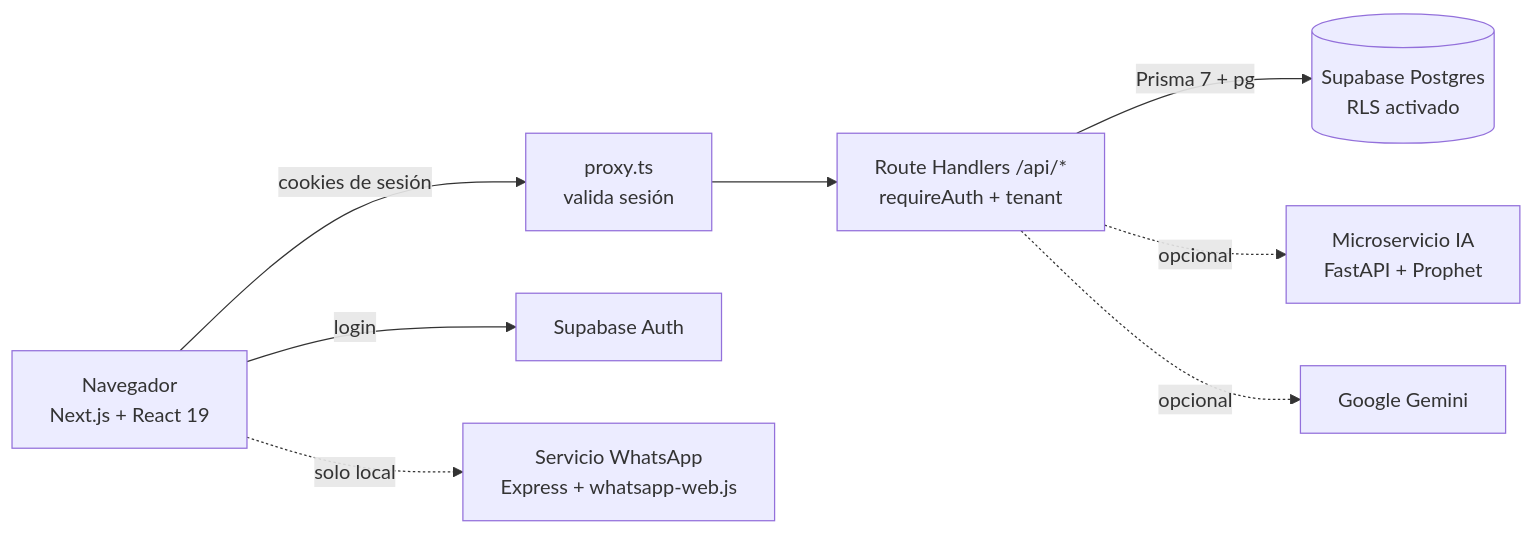
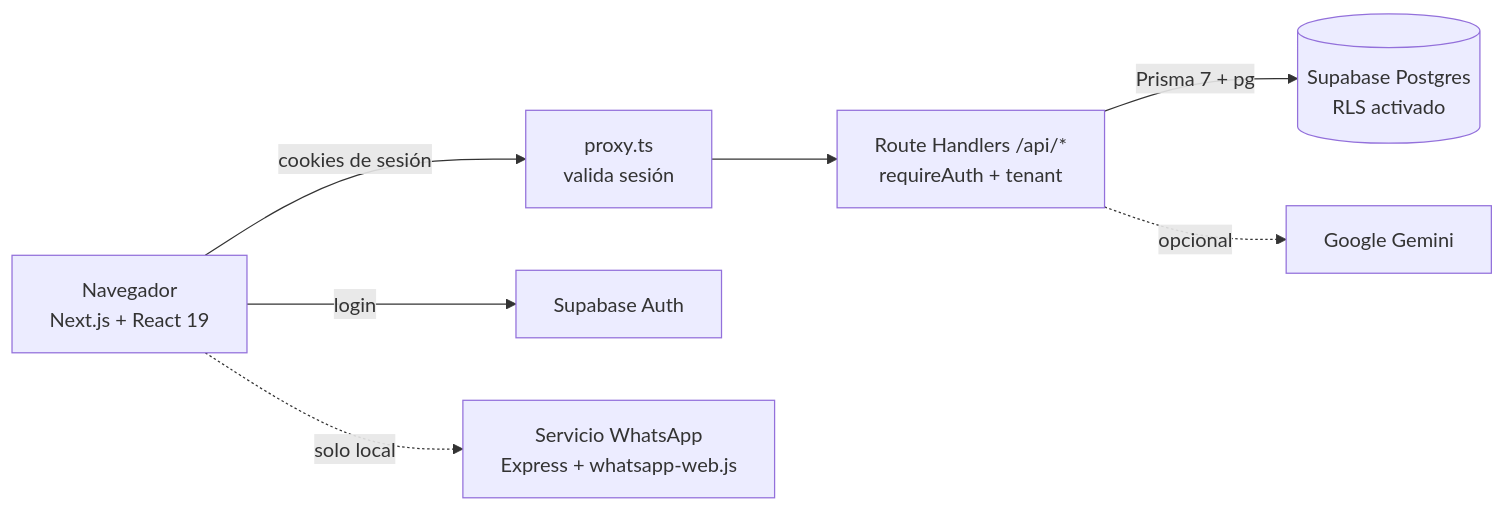
The diagram in README.md (Tiago013/CRMFARMACIA), drawn with Mermaid before and after one commit. The commit also changed other lines of this file and 6 other files, not shown here.

````diff
--- a/README.md
+++ b/README.md
@@ -121,10 +121,9 @@
 ```mermaid
 flowchart LR
     U[Navegador<br/>Next.js + React 19] -->|cookies de sesión| P[proxy.ts<br/>valida sesión]
     P --> API[Route Handlers /api/*<br/>requireAuth + tenant]
     API -->|Prisma 7 + pg| DB[(Supabase Postgres<br/>RLS activado)]
     U -->|login| AUTH[Supabase Auth]
-    API -.->|opcional| AI[Microservicio IA<br/>FastAPI + Prophet]
     API -.->|opcional| G[Google Gemini]
     U -.->|solo local| WA[Servicio WhatsApp<br/>Express + whatsapp-web.js]
 ```
````
